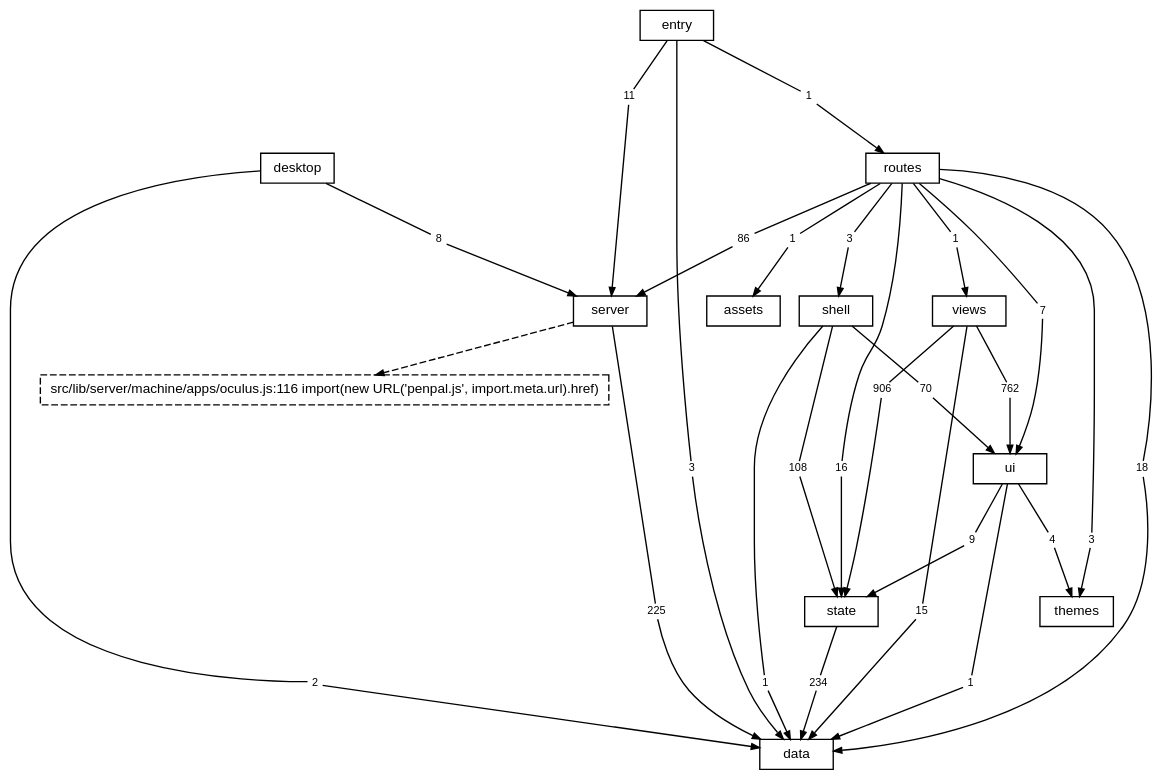
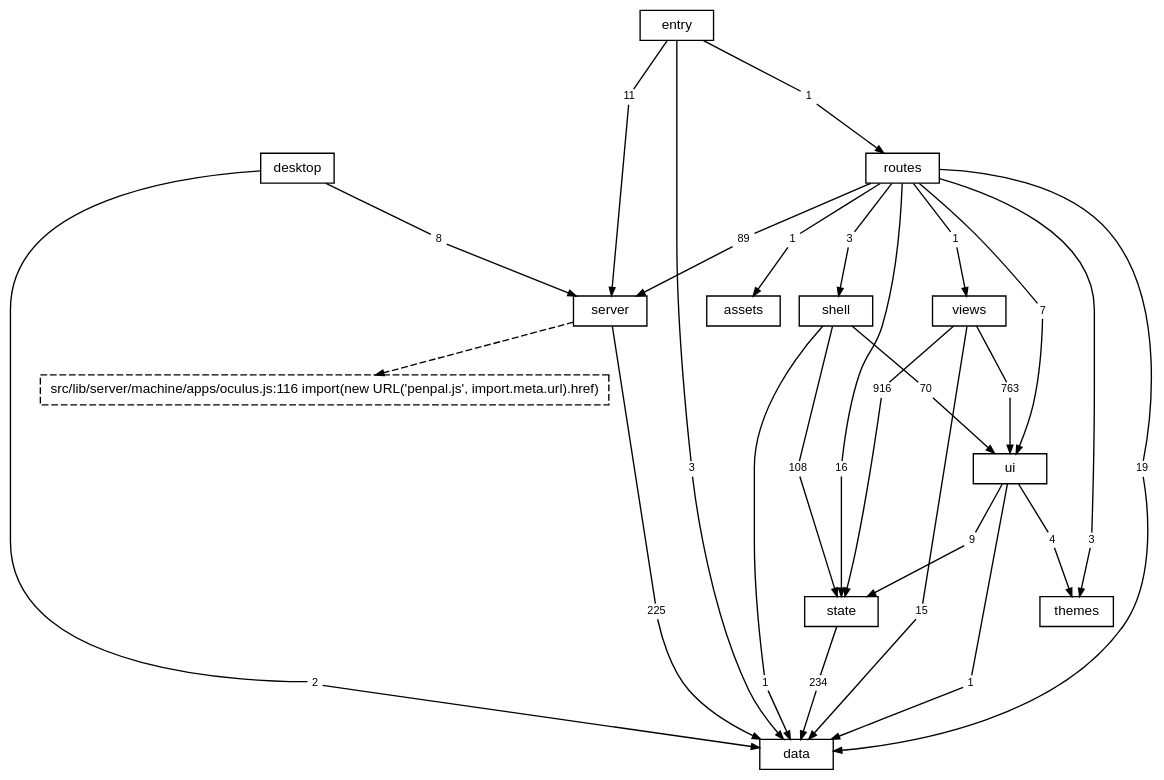
The diagram in docs/diagrams/layers.dot (TheAxeC/oculus), drawn with Graphviz before and after one commit. The commit also changed 149 other files, not shown here.

```diff
--- a/docs/diagrams/layers.dot
+++ b/docs/diagrams/layers.dot
@@ -1,90 +1,90 @@
 digraph layers {
     graph [bgcolor="transparent", rankdir=TB, newrank=true, fontname="Helvetica,Arial,sans-serif", fontsize=12, nodesep=0.2, ranksep=0.5];
     node [shape=box, color="black", fontcolor="black", fontname="Helvetica,Arial,sans-serif", fontsize=10, height=0.3, margin="0.12,0.04"];
     edge [color="black", fontcolor="black", fontname="Helvetica,Arial,sans-serif", fontsize=8, arrowsize=0.6];
     "data";
     "server";
     "state";
     "ui";
     "shell";
     "views";
     "themes";
     "routes";
     "desktop";
     "src" [label="entry"];
     "files: assets" [label="assets"];
     "? src/lib/server/machine/apps/oculus.js:116" [label="src/lib/server/machine/apps/oculus.js:116 import(new URL('penpal.js', import.meta.url).href)", style=dashed];
     "desktop to data" [label="2", shape=box, color="transparent", fontsize=8, width=0, height=0, margin="0.04,0.02"];
     "desktop" -> "desktop to data" [arrowhead=none];
     "desktop to data" -> "data" [];
     "desktop to server" [label="8", shape=box, color="transparent", fontsize=8, width=0, height=0, margin="0.04,0.02"];
     "desktop" -> "desktop to server" [arrowhead=none];
     "desktop to server" -> "server" [];
-    "routes to data" [label="18", shape=box, color="transparent", fontsize=8, width=0, height=0, margin="0.04,0.02"];
+    "routes to data" [label="19", shape=box, color="transparent", fontsize=8, width=0, height=0, margin="0.04,0.02"];
     "routes" -> "routes to data" [arrowhead=none];
     "routes to data" -> "data" [];
     "routes to files: assets" [label="1", shape=box, color="transparent", fontsize=8, width=0, height=0, margin="0.04,0.02"];
     "routes" -> "routes to files: assets" [arrowhead=none];
     "routes to files: assets" -> "files: assets" [];
-    "routes to server" [label="86", shape=box, color="transparent", fontsize=8, width=0, height=0, margin="0.04,0.02"];
+    "routes to server" [label="89", shape=box, color="transparent", fontsize=8, width=0, height=0, margin="0.04,0.02"];
     "routes" -> "routes to server" [arrowhead=none];
     "routes to server" -> "server" [];
     "routes to shell" [label="3", shape=box, color="transparent", fontsize=8, width=0, height=0, margin="0.04,0.02"];
     "routes" -> "routes to shell" [arrowhead=none];
     "routes to shell" -> "shell" [];
     "routes to state" [label="16", shape=box, color="transparent", fontsize=8, width=0, height=0, margin="0.04,0.02"];
     "routes" -> "routes to state" [arrowhead=none];
     "routes to state" -> "state" [];
     "routes to themes" [label="3", shape=box, color="transparent", fontsize=8, width=0, height=0, margin="0.04,0.02"];
     "routes" -> "routes to themes" [arrowhead=none];
     "routes to themes" -> "themes" [];
     "routes to ui" [label="7", shape=box, color="transparent", fontsize=8, width=0, height=0, margin="0.04,0.02"];
     "routes" -> "routes to ui" [arrowhead=none];
     "routes to ui" -> "ui" [];
     "routes to views" [label="1", shape=box, color="transparent", fontsize=8, width=0, height=0, margin="0.04,0.02"];
     "routes" -> "routes to views" [arrowhead=none];
     "routes to views" -> "views" [];
     "server to data" [label="225", shape=box, color="transparent", fontsize=8, width=0, height=0, margin="0.04,0.02"];
     "server" -> "server to data" [arrowhead=none];
     "server to data" -> "data" [];
     "shell to data" [label="1", shape=box, color="transparent", fontsize=8, width=0, height=0, margin="0.04,0.02"];
     "shell" -> "shell to data" [arrowhead=none];
     "shell to data" -> "data" [];
     "shell to state" [label="108", shape=box, color="transparent", fontsize=8, width=0, height=0, margin="0.04,0.02"];
     "shell" -> "shell to state" [arrowhead=none];
     "shell to state" -> "state" [];
     "shell to ui" [label="70", shape=box, color="transparent", fontsize=8, width=0, height=0, margin="0.04,0.02"];
     "shell" -> "shell to ui" [arrowhead=none];
     "shell to ui" -> "ui" [];
     "src to data" [label="3", shape=box, color="transparent", fontsize=8, width=0, height=0, margin="0.04,0.02"];
     "src" -> "src to data" [arrowhead=none];
     "src to data" -> "data" [];
     "src to routes" [label="1", shape=box, color="transparent", fontsize=8, width=0, height=0, margin="0.04,0.02"];
     "src" -> "src to routes" [arrowhead=none];
     "src to routes" -> "routes" [];
     "src to server" [label="11", shape=box, color="transparent", fontsize=8, width=0, height=0, margin="0.04,0.02"];
     "src" -> "src to server" [arrowhead=none];
     "src to server" -> "server" [];
     "state to data" [label="234", shape=box, color="transparent", fontsize=8, width=0, height=0, margin="0.04,0.02"];
     "state" -> "state to data" [arrowhead=none];
     "state to data" -> "data" [];
     "ui to data" [label="1", shape=box, color="transparent", fontsize=8, width=0, height=0, margin="0.04,0.02"];
     "ui" -> "ui to data" [arrowhead=none];
     "ui to data" -> "data" [];
     "ui to state" [label="9", shape=box, color="transparent", fontsize=8, width=0, height=0, margin="0.04,0.02"];
     "ui" -> "ui to state" [arrowhead=none];
     "ui to state" -> "state" [];
     "ui to themes" [label="4", shape=box, color="transparent", fontsize=8, width=0, height=0, margin="0.04,0.02"];
     "ui" -> "ui to themes" [arrowhead=none];
     "ui to themes" -> "themes" [];
     "views to data" [label="15", shape=box, color="transparent", fontsize=8, width=0, height=0, margin="0.04,0.02"];
     "views" -> "views to data" [arrowhead=none];
     "views to data" -> "data" [];
-    "views to state" [label="906", shape=box, color="transparent", fontsize=8, width=0, height=0, margin="0.04,0.02"];
+    "views to state" [label="916", shape=box, color="transparent", fontsize=8, width=0, height=0, margin="0.04,0.02"];
     "views" -> "views to state" [arrowhead=none];
     "views to state" -> "state" [];
-    "views to ui" [label="762", shape=box, color="transparent", fontsize=8, width=0, height=0, margin="0.04,0.02"];
+    "views to ui" [label="763", shape=box, color="transparent", fontsize=8, width=0, height=0, margin="0.04,0.02"];
     "views" -> "views to ui" [arrowhead=none];
     "views to ui" -> "ui" [];
     "server" -> "? src/lib/server/machine/apps/oculus.js:116" [style=dashed];
 }
```
